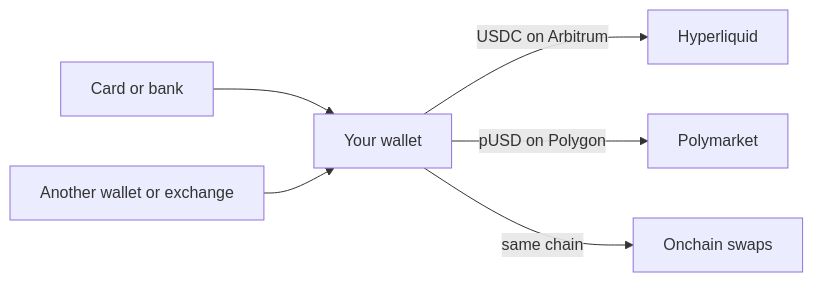
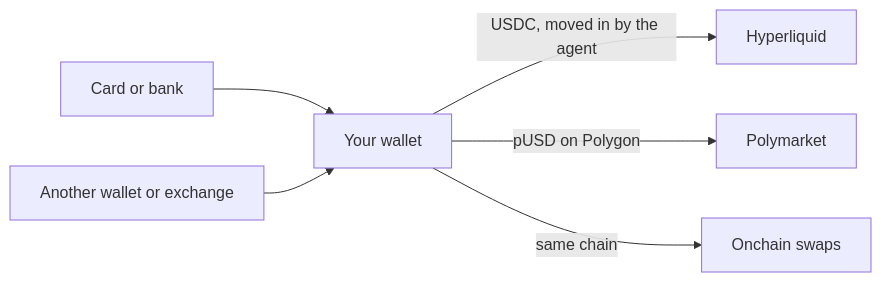
Before and after one commit to Folome-online/mintlify-docs: the diagram in guides/fund-each-venue.mdx, drawn with Mermaid. The commit also changed other lines of this file and 14 other files, not shown here.

First line of the commit message:
Docs: Hyperliquid funding goes through the agent, not a deposit address on Arbitrum

````diff
--- a/guides/fund-each-venue.mdx
+++ b/guides/fund-each-venue.mdx
@@ -24,8 +24,8 @@
 ```mermaid
 flowchart LR
   A[Card or bank] --> W[Your wallet]
   B[Another wallet or exchange] --> W
-  W -->|USDC on Arbitrum| H[Hyperliquid]
+  W -->|USDC, moved in by the agent| H[Hyperliquid]
   W -->|pUSD on Polygon| P[Polymarket]
   W -->|same chain| S[Onchain swaps]
 ```
````
